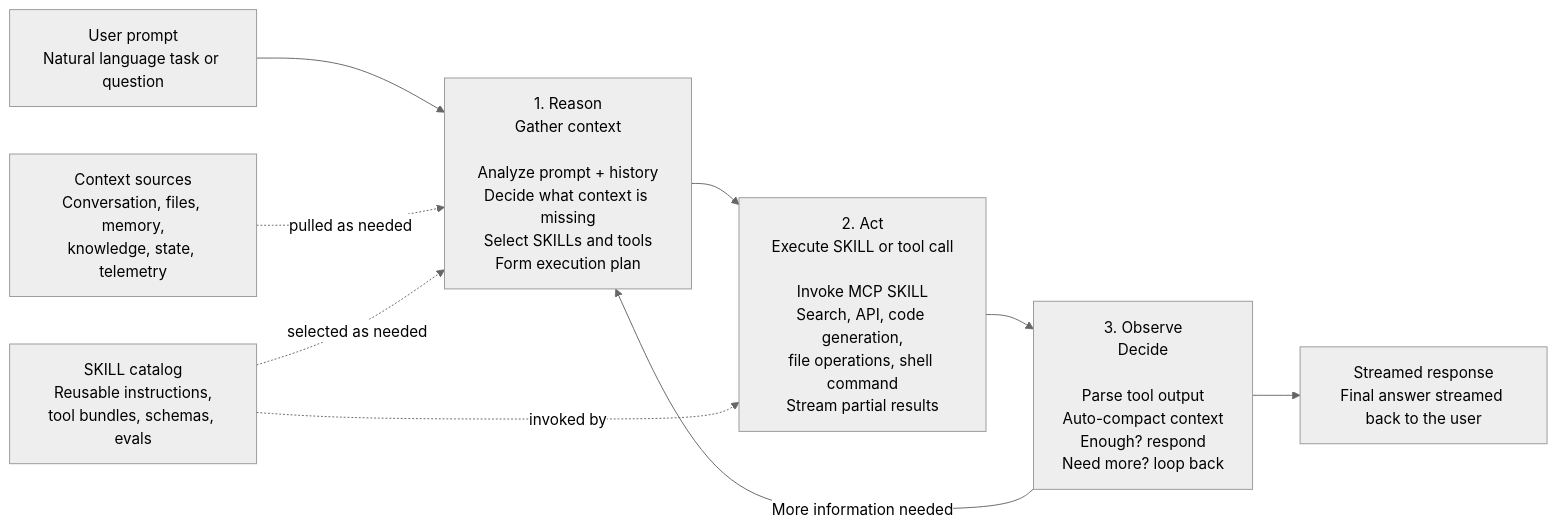
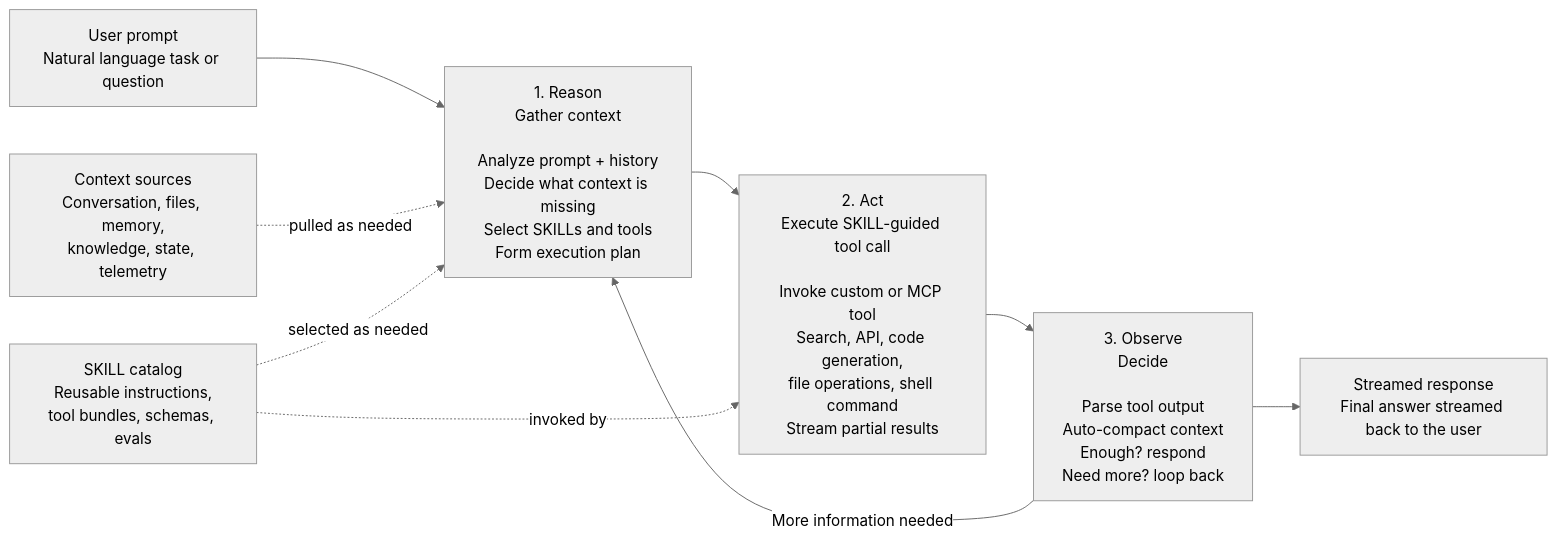
Before and after one commit to aiappsgbb/agentic-loop: the second of 2 diagrams in docs/concepts/agentic-loop.md, drawn with Mermaid (neutral theme). The commit also changed other lines of this file, not shown here.

````diff
--- a/docs/concepts/agentic-loop.md
+++ b/docs/concepts/agentic-loop.md
@@ -7,16 +40,16 @@
 ```mermaid
 flowchart LR
   prompt[User prompt<br/>Natural language task or question]
   context[Context sources<br/>Conversation, files, memory,<br/>knowledge, state, telemetry]
   skills[SKILL catalog<br/>Reusable instructions,<br/>tool bundles, schemas, evals]
   reason[1. Reason<br/>Gather context<br/><br/>Analyze prompt + history<br/>Decide what context is missing<br/>Select SKILLs and tools<br/>Form execution plan]
-  act[2. Act<br/>Execute SKILL or tool call<br/><br/>Invoke MCP SKILL<br/>Search, API, code generation,<br/>file operations, shell command<br/>Stream partial results]
+  act[2. Act<br/>Execute SKILL-guided tool call<br/><br/>Invoke custom or MCP tool<br/>Search, API, code generation,<br/>file operations, shell command<br/>Stream partial results]
   observe[3. Observe<br/>Decide<br/><br/>Parse tool output<br/>Auto-compact context<br/>Enough? respond<br/>Need more? loop back]
   response[Streamed response<br/>Final answer streamed back to the user]
 
   prompt --> reason --> act --> observe --> response
   context -. pulled as needed .-> reason
   skills -. selected as needed .-> reason
   skills -. invoked by .-> act
   observe -- More information needed --> reason
 ```
````
